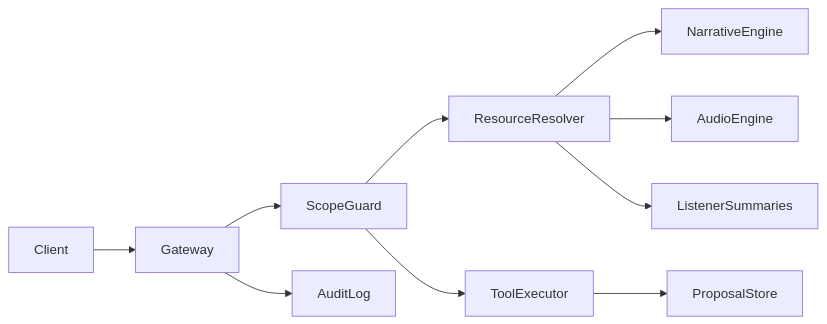
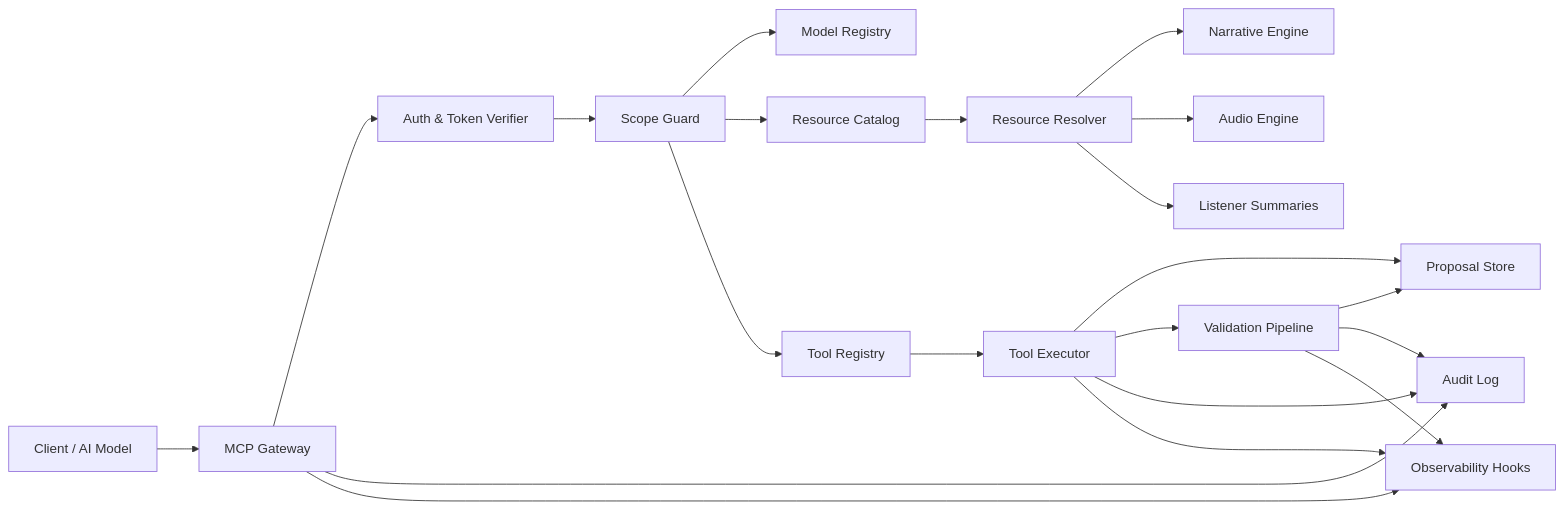
One commit to Johnsonbros/Uncharted_Stars_Saga changed the diagram in docs/mcp_spine_architecture_block_diagram.md. Above: the diagram before and after it, drawn with Mermaid. The commit also changed other lines of this file and 3 other files, not shown here.

Commit message:
docs: finalize system flow diagrams

````diff
--- a/docs/mcp_spine_architecture_block_diagram.md
+++ b/docs/mcp_spine_architecture_block_diagram.md
@@ -20,12 +26,27 @@
 ```mermaid
 flowchart LR
-  Client --> Gateway
-  Gateway --> ScopeGuard
-  ScopeGuard --> ResourceResolver
-  ScopeGuard --> ToolExecutor
-  ToolExecutor --> ProposalStore
-  ResourceResolver --> NarrativeEngine
-  ResourceResolver --> AudioEngine
-  ResourceResolver --> ListenerSummaries
-  Gateway --> AuditLog
+  Client[Client / AI Model] --> Gateway[MCP Gateway]
+  Gateway --> Auth[Auth & Token Verifier]
+  Auth --> ScopeGuard[Scope Guard]
+  ScopeGuard --> ModelRegistry[Model Registry]
+
+  ScopeGuard --> ResourceCatalog[Resource Catalog]
+  ResourceCatalog --> ResourceResolver[Resource Resolver]
+  ResourceResolver --> NarrativeEngine[Narrative Engine]
+  ResourceResolver --> AudioEngine[Audio Engine]
+  ResourceResolver --> ListenerSummaries[Listener Summaries]
+
+  ScopeGuard --> ToolRegistry[Tool Registry]
+  ToolRegistry --> ToolExecutor[Tool Executor]
+  ToolExecutor --> ProposalStore[Proposal Store]
+  ToolExecutor --> Validation[Validation Pipeline]
+  Validation --> ProposalStore
+
+  Gateway --> AuditLog[Audit Log]
+  ToolExecutor --> AuditLog
+  Validation --> AuditLog
+
+  Gateway --> Observability[Observability Hooks]
+  ToolExecutor --> Observability
+  Validation --> Observability
 ```
````
